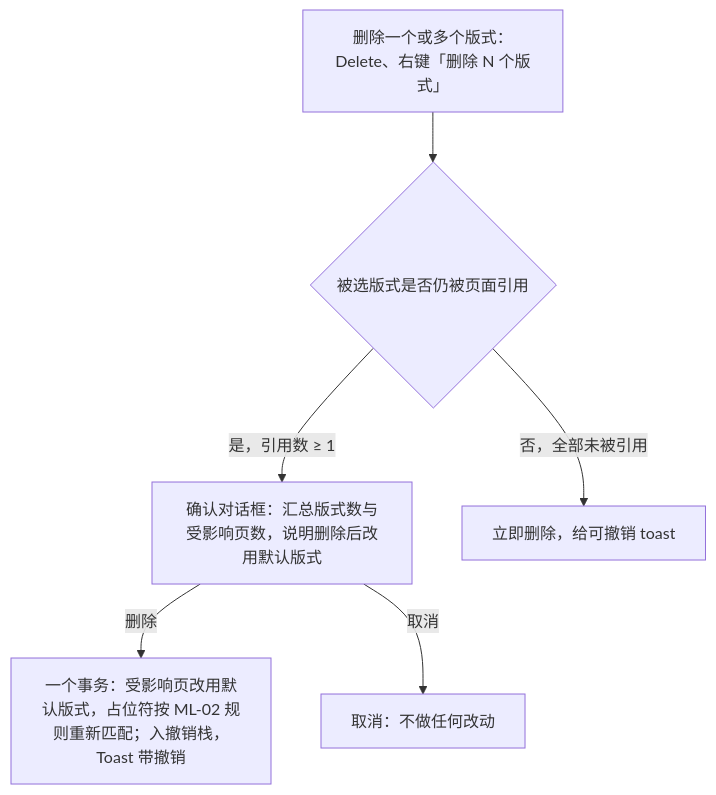
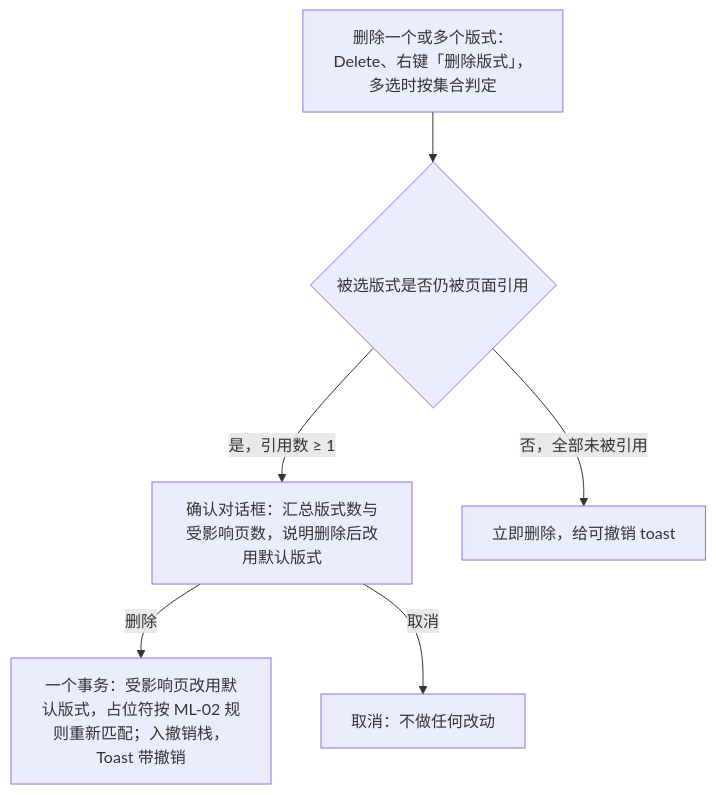
One commit to Xeonice/cordis-ppt-editor changed the fourth of 4 diagrams in docs/10-prd/03-features/07-masters-layouts-and-themes.md. Above: the diagram before and after it, drawn with Mermaid. The commit also changed other lines of this file and 19 other files, not shown here.

````diff
--- a/docs/10-prd/03-features/07-masters-layouts-and-themes.md
+++ b/docs/10-prd/03-features/07-masters-layouts-and-themes.md
@@ -188,14 +176,14 @@
 ```mermaid
 flowchart TB
-  del["删除一个或多个版式：Delete、右键「删除 N 个版式」"]
+  del["删除一个或多个版式：Delete、右键「删除版式」，多选时按集合判定"]
   q{"被选版式是否仍被页面引用"}
   confirm["确认对话框：汇总版式数与受影响页数，说明删除后改用默认版式"]
   cancel["取消：不做任何改动"]
   apply["一个事务：受影响页改用默认版式，占位符按 ML-02 规则重新匹配；入撤销栈，Toast 带撤销"]
   now["立即删除，给可撤销 toast"]
   del --> q
   q -->|"是，引用数 ≥ 1"| confirm
   confirm -->|"删除"| apply
   confirm -->|"取消"| cancel
   q -->|"否，全部未被引用"| now
 ```
````
